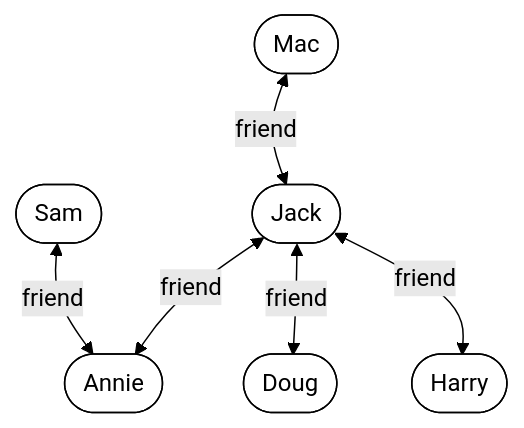
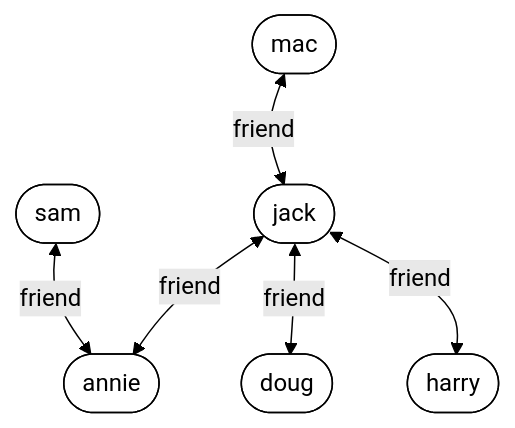
The first of 2 diagrams in sql0006-introToDatabases-v023.qmd (y-rosenthal/DataManagementUsingRSrc), drawn with Mermaid (forest theme) before and after one commit. The commit also changed other lines of this file and 15 other files, not shown here.

````diff
--- a/sql0006-introToDatabases-v023.qmd
+++ b/sql0006-introToDatabases-v023.qmd
@@ -163,29 +428,29 @@
 ```{mermaid}
 graph TD
     %% Position nodes to match example layout
-    Sam([Sam])
-    Annie([Annie])
-    Mac([Mac])
-    Jack([Jack])
-    Doug([Doug])
-    Harry([Harry])
+    sam([sam])
+    annie([annie])
+    mac([mac])
+    jack([jack])
+    doug([doug])
+    harry([harry])
     
     %% Create bidirectional connections with straight lines
-    Annie <-->|friend| Sam
-    Jack <-->|friend| Annie
-    Jack <-->|friend| Mac
-    Jack <-->|friend| Doug
-    Jack <-->|friend| Harry
+    annie <-->|friend| sam
+    jack <-->|friend| annie
+    jack <-->|friend| mac
+    jack <-->|friend| doug
+    jack <-->|friend| harry
     
     %% Black and white styling
     classDef person fill:white,stroke:black,stroke-width:1px;
-    class Sam,Annie,Mac,Jack,Doug,Harry person;
+    class sam,annie,mac,jack,doug,harry person;
     
     %% Force specific layout
-    Sam ~~~ Annie
-    Mac ~~~ Jack ~~~ Doug
-    Jack ~~~ Harry
+    sam ~~~ annie
+    mac ~~~ jack ~~~ doug
+    jack ~~~ harry
     
     %% Make invisible linkage lines transparent
     linkStyle 5,6,7 stroke:none;
 ```
````
